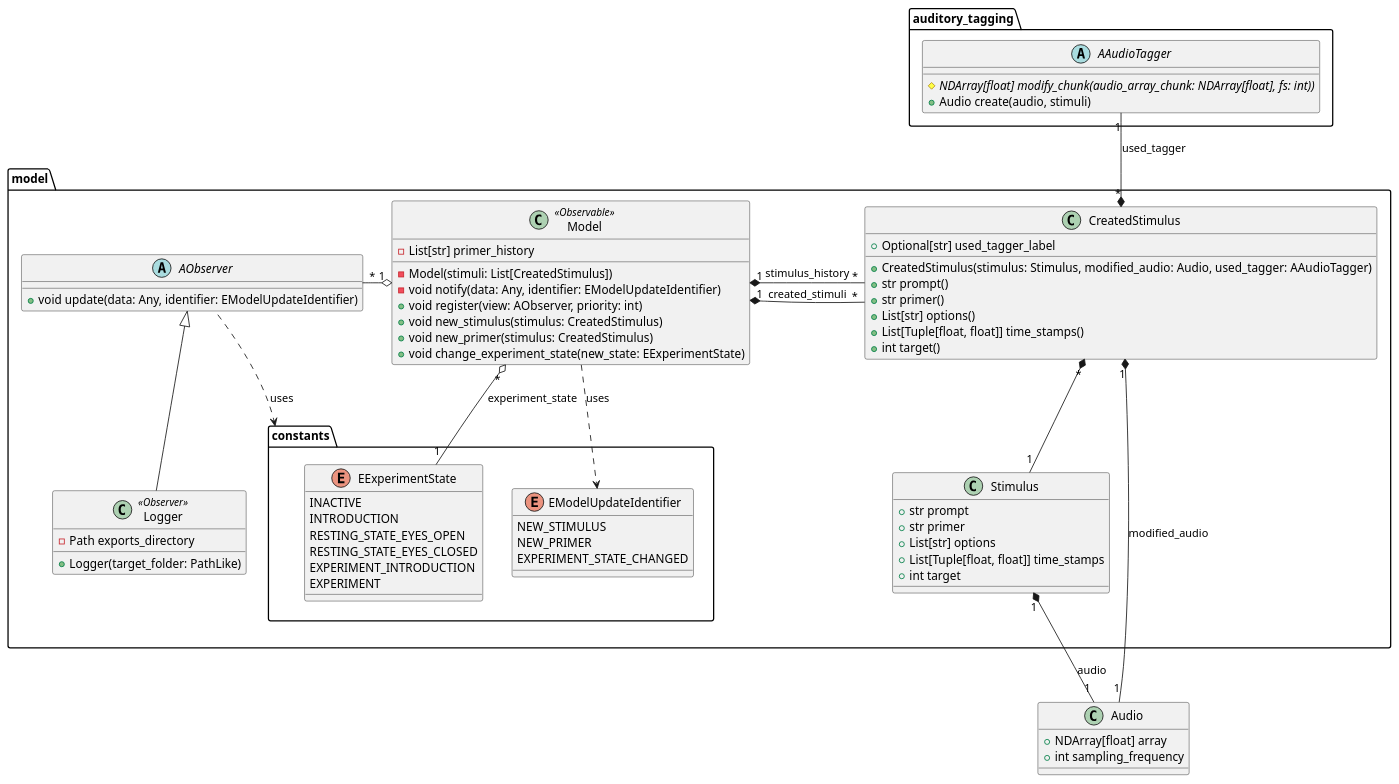
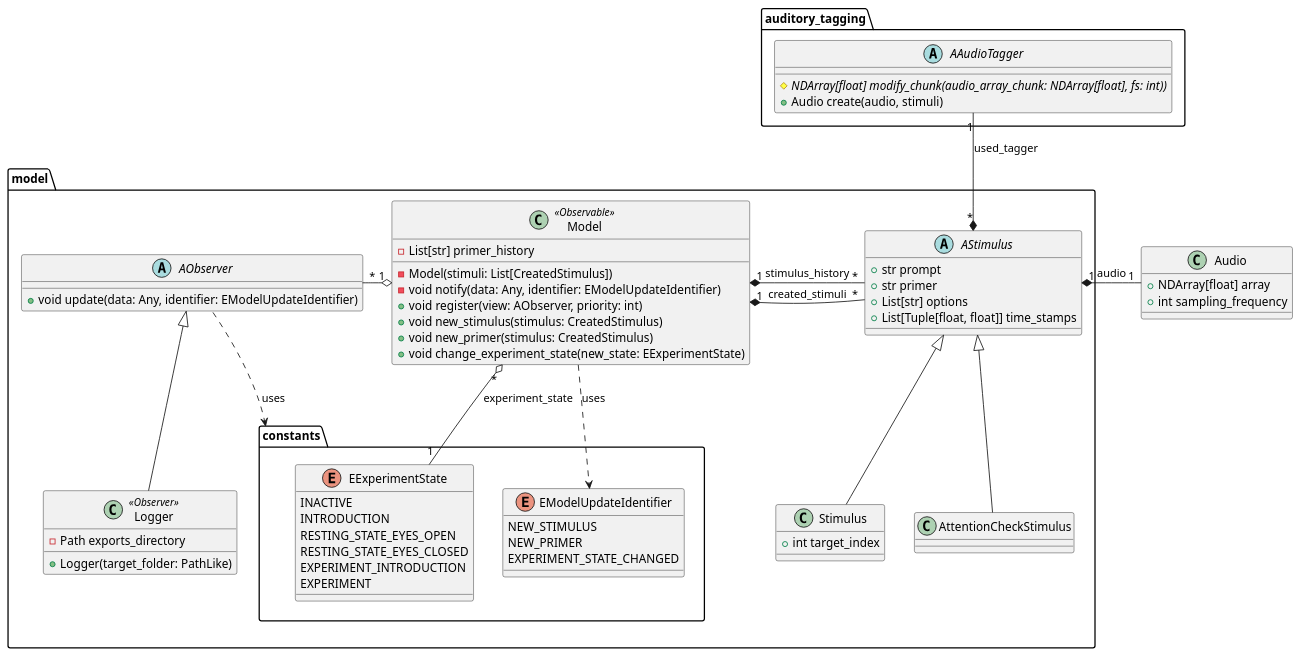
Before and after one commit to michalrzak/auditory-intention-decoding: the diagram in diagrams/plantuml/class/model_class.puml, drawn with PlantUML. The commit also changed 22 other files, not shown here.

First line of the commit message:
108 add attention check (#111)

```diff
--- a/diagrams/plantuml/class/model_class.puml
+++ b/diagrams/plantuml/class/model_class.puml
@@ -1,87 +1,80 @@
 @startuml
 
 class Audio {
     +NDArray[float] array
     +int sampling_frequency
 }
 
 package auditory_tagging {
     abstract class AAudioTagger {
       #NDArray[float] {abstract} modify_chunk(audio_array_chunk: NDArray[float], fs: int))
       +Audio create(audio, stimuli)
     }
 }
 
 package model {
     abstract class AObserver {
         +void update(data: Any, identifier: EModelUpdateIdentifier)
     }
 
     class Model <<Observable>>{
         -List[str] primer_history
 
         -Model(stimuli: List[CreatedStimulus])
         -void notify(data: Any, identifier: EModelUpdateIdentifier)
         +void register(view: AObserver, priority: int)
         +void new_stimulus(stimulus: CreatedStimulus)
         +void new_primer(stimulus: CreatedStimulus)
         +void change_experiment_state(new_state: EExperimentState)
     }
-
     class Logger<<Observer>> {
         -Path exports_directory
         +Logger(target_folder: PathLike)
     }
     Logger -u-|> AObserver
 
     package constants {
         enum EExperimentState {
             INACTIVE
             INTRODUCTION
             RESTING_STATE_EYES_OPEN
             RESTING_STATE_EYES_CLOSED
             EXPERIMENT_INTRODUCTION
             EXPERIMENT
         }
 
         enum EModelUpdateIdentifier {
             NEW_STIMULUS
             NEW_PRIMER
             EXPERIMENT_STATE_CHANGED
         }
     }
 
-    class Stimulus {
+    abstract class AStimulus {
         +str prompt
         +str primer
         +List[str] options
         +List[Tuple[float, float]] time_stamps
-        +int target
     }
-    Stimulus "1" *-- "1" Audio: audio
+    AStimulus "*" *-u- "1" AAudioTagger: used_tagger
+    AStimulus "1" *-r- "1" Audio: audio
 
-    class CreatedStimulus {
-        +Optional[str] used_tagger_label
 
-        +CreatedStimulus(stimulus: Stimulus, modified_audio: Audio, used_tagger: AAudioTagger)
-        +str prompt()
-        +str primer()
-        +List[str] options()
-        +List[Tuple[float, float]] time_stamps()
-        +int target()
+    class Stimulus {
+        +int target_index
     }
-    CreatedStimulus "1" *-l- "1" Audio: modified_audio
-    CreatedStimulus "*" *-u- "1" AAudioTagger: used_tagger
-    CreatedStimulus "*" *-- "1" Stimulus
+    Stimulus -u-|> AStimulus
+
+    class AttentionCheckStimulus {}
+     AttentionCheckStimulus -u-|> AStimulus
 }
-
-Model "1" *-r- "*" CreatedStimulus: "stimulus_history"
+Model "1" *-r- "*" AStimulus: "stimulus_history"
+Model "1" *-r- "*" AStimulus: created_stimuli
 Model "*" o--- "1" EExperimentState: "experiment_state"
 Model "1" o-l-- "*" AObserver
+
 Model ..> EModelUpdateIdentifier: "uses"
 
 AObserver .l.> constants: "uses"
 
-Model "1" *-- "*" CreatedStimulus: created_stimuli
-
 @enduml
```
